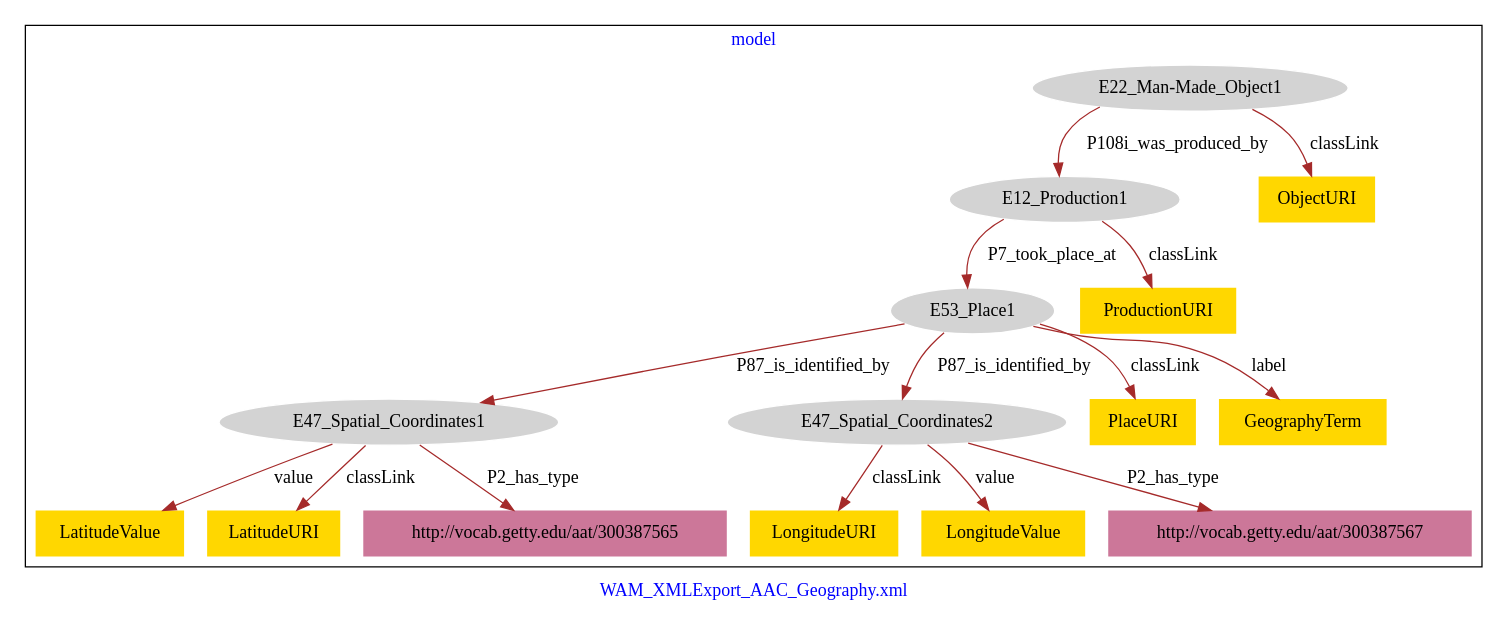
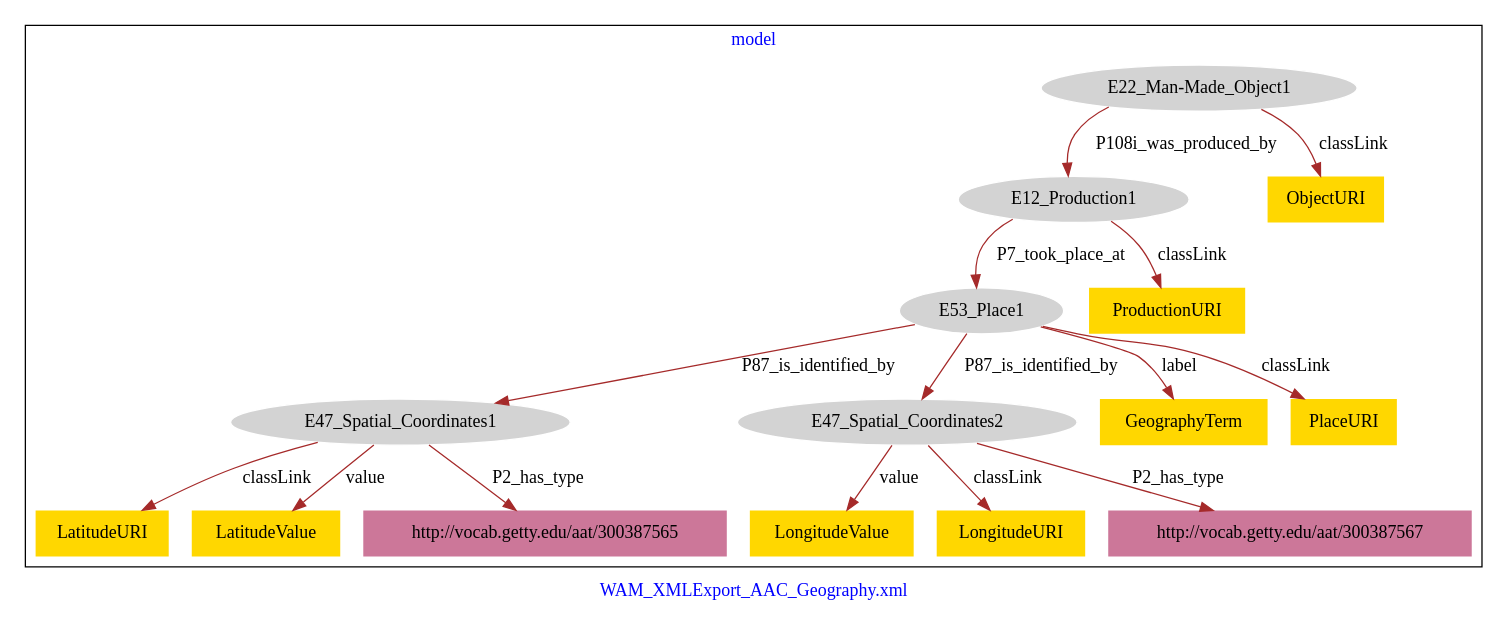
One commit to american-art/wam changed the diagram in WAM_AAC_Geography/WAM_AAC_Geography-model.dot. Above: the diagram before and after it, drawn with Graphviz.

Commit message:
Update file WAM_AAC_Geography-model.dot

```diff
--- a/WAM_AAC_Geography/WAM_AAC_Geography-model.dot
+++ b/WAM_AAC_Geography/WAM_AAC_Geography-model.dot
@@ -1,37 +1,37 @@
 digraph n0 {
 fontcolor="blue"
 remincross="true"
 label="WAM_XMLExport_AAC_Geography.xml"
 subgraph cluster {
 label="model"
 n2[style="filled",color="white",fillcolor="lightgray",label="E12_Production1"];
 n3[style="filled",color="white",fillcolor="lightgray",label="E53_Place1"];
 n4[style="filled",color="white",fillcolor="lightgray",label="E22_Man-Made_Object1"];
 n5[style="filled",color="white",fillcolor="lightgray",label="E47_Spatial_Coordinates1"];
 n6[style="filled",color="white",fillcolor="lightgray",label="E47_Spatial_Coordinates2"];
-n7[shape="plaintext",style="filled",fillcolor="gold",label="PlaceURI"];
-n8[shape="plaintext",style="filled",fillcolor="gold",label="ObjectURI"];
-n9[shape="plaintext",style="filled",fillcolor="gold",label="LatitudeValue"];
-n10[shape="plaintext",style="filled",fillcolor="gold",label="LongitudeURI"];
-n11[shape="plaintext",style="filled",fillcolor="gold",label="GeographyTerm"];
-n12[shape="plaintext",style="filled",fillcolor="gold",label="LongitudeValue"];
-n13[shape="plaintext",style="filled",fillcolor="gold",label="LatitudeURI"];
-n14[shape="plaintext",style="filled",fillcolor="gold",label="ProductionURI"];
+n7[shape="plaintext",style="filled",fillcolor="gold",label="ProductionURI"];
+n8[shape="plaintext",style="filled",fillcolor="gold",label="LatitudeURI"];
+n9[shape="plaintext",style="filled",fillcolor="gold",label="GeographyTerm"];
+n10[shape="plaintext",style="filled",fillcolor="gold",label="PlaceURI"];
+n11[shape="plaintext",style="filled",fillcolor="gold",label="LongitudeValue"];
+n12[shape="plaintext",style="filled",fillcolor="gold",label="LongitudeURI"];
+n13[shape="plaintext",style="filled",fillcolor="gold",label="LatitudeValue"];
+n14[shape="plaintext",style="filled",fillcolor="gold",label="ObjectURI"];
 n15[shape="plaintext",style="filled",fillcolor="#CC7799",label="http://vocab.getty.edu/aat/300387567"];
 n16[shape="plaintext",style="filled",fillcolor="#CC7799",label="http://vocab.getty.edu/aat/300387565"];
 }
 n2 -> n3[color="brown",fontcolor="black",label="P7_took_place_at"]
 n4 -> n2[color="brown",fontcolor="black",label="P108i_was_produced_by"]
 n3 -> n5[color="brown",fontcolor="black",label="P87_is_identified_by"]
 n3 -> n6[color="brown",fontcolor="black",label="P87_is_identified_by"]
-n3 -> n7[color="brown",fontcolor="black",label="classLink"]
-n4 -> n8[color="brown",fontcolor="black",label="classLink"]
-n5 -> n9[color="brown",fontcolor="black",label="value"]
-n6 -> n10[color="brown",fontcolor="black",label="classLink"]
-n3 -> n11[color="brown",fontcolor="black",label="label"]
-n6 -> n12[color="brown",fontcolor="black",label="value"]
-n5 -> n13[color="brown",fontcolor="black",label="classLink"]
-n2 -> n14[color="brown",fontcolor="black",label="classLink"]
+n2 -> n7[color="brown",fontcolor="black",label="classLink"]
+n5 -> n8[color="brown",fontcolor="black",label="classLink"]
+n3 -> n9[color="brown",fontcolor="black",label="label"]
+n3 -> n10[color="brown",fontcolor="black",label="classLink"]
+n6 -> n11[color="brown",fontcolor="black",label="value"]
+n6 -> n12[color="brown",fontcolor="black",label="classLink"]
+n5 -> n13[color="brown",fontcolor="black",label="value"]
+n4 -> n14[color="brown",fontcolor="black",label="classLink"]
 n6 -> n15[color="brown",fontcolor="black",label="P2_has_type"]
 n5 -> n16[color="brown",fontcolor="black",label="P2_has_type"]
 }
```
